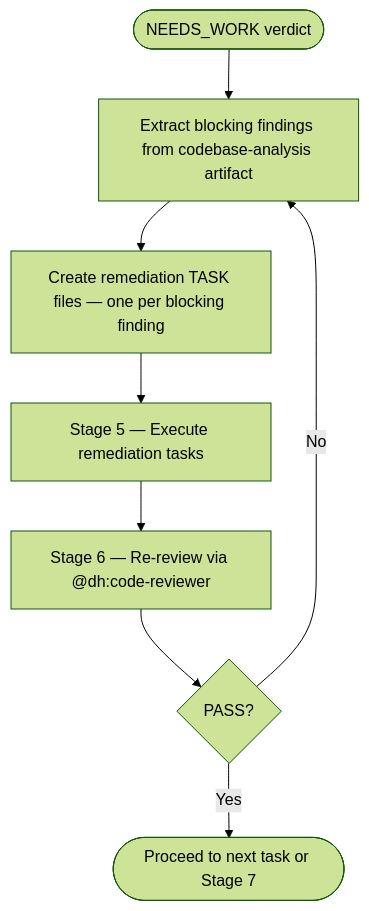
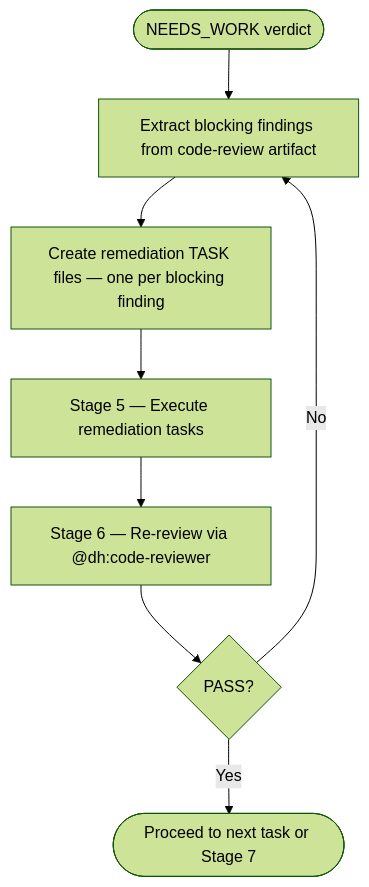
The second of 2 diagrams in plugins/development-harness/skills/forensic-review/SKILL.md (Jamie-BitFlight/claude_skills), drawn with Mermaid (forest theme) before and after one commit. The commit also changed other lines of this file and 27 other files, not shown here.

First line of the commit message:
fix(development-harness): split the code review verdict onto its own artifact type (#3147)

````diff
--- a/plugins/development-harness/skills/forensic-review/SKILL.md
+++ b/plugins/development-harness/skills/forensic-review/SKILL.md
@@ -126,10 +161,10 @@
 ```mermaid
 flowchart TD
-    NW([NEEDS_WORK verdict]) --> Extract[Extract blocking findings from codebase-analysis artifact]
+    NW([NEEDS_WORK verdict]) --> Extract[Extract blocking findings from code-review artifact]
     Extract --> Create[Create remediation TASK files — one per blocking finding]
     Create --> Stage5[Stage 5 — Execute remediation tasks]
     Stage5 --> Stage6[Stage 6 — Re-review via @dh:code-reviewer]
     Stage6 --> Q{PASS?}
     Q -->|Yes| Done([Proceed to next task or Stage 7])
     Q -->|No| Extract
 ```
````
